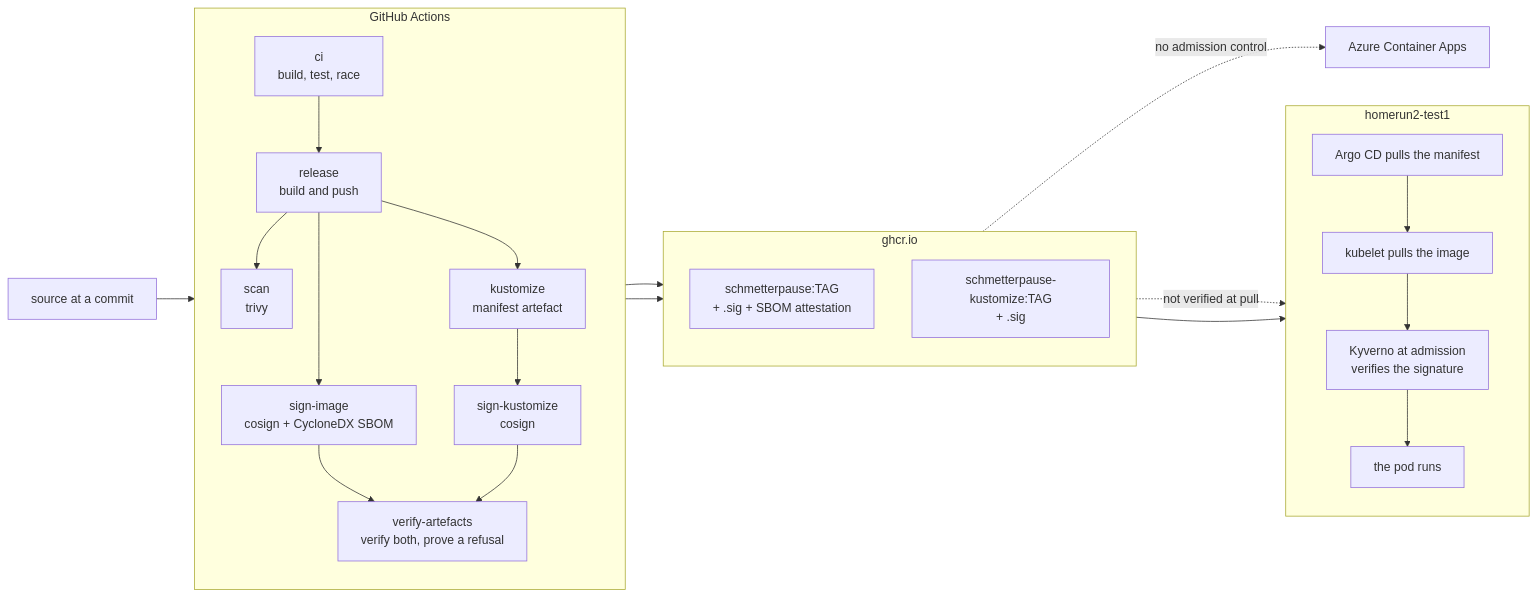
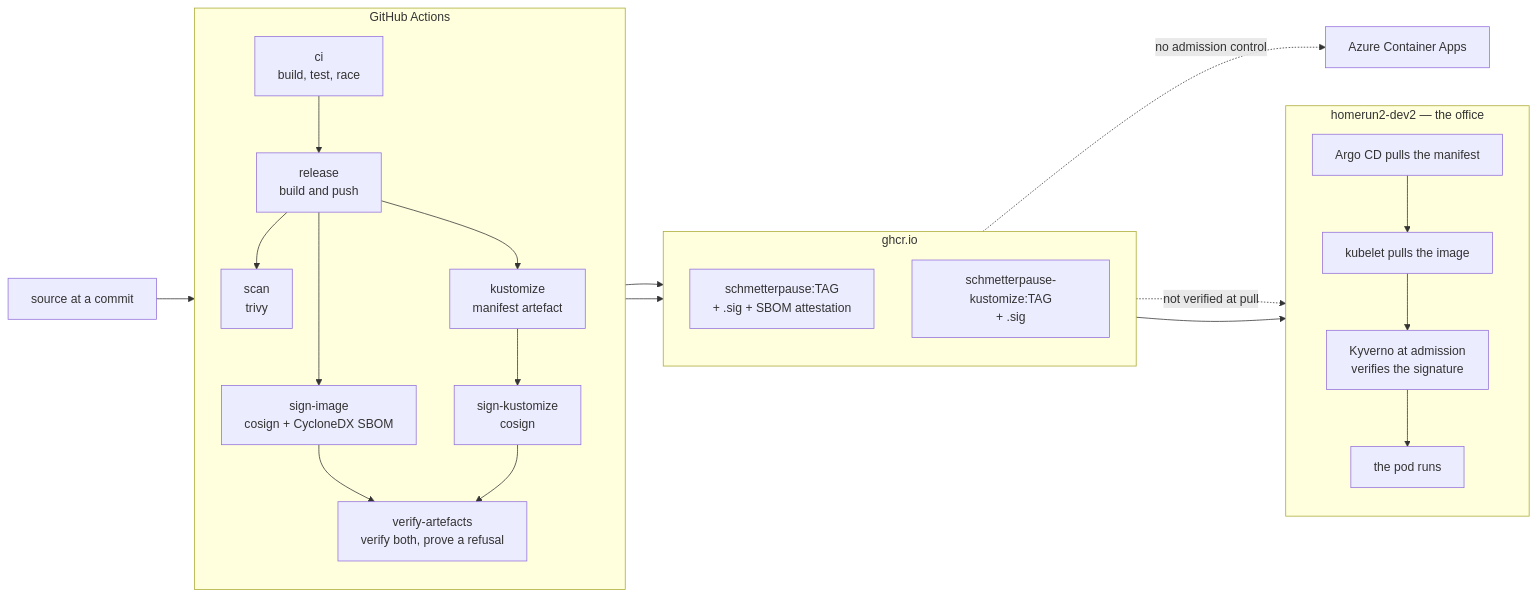
One commit to stuttgart-things/schmetterpause changed the diagram in docs/supply-chain.md. Above: the diagram before and after it, drawn with Mermaid. The commit also changed other lines of this file and 10 other files, not shown here.

First line of the commit message:
docs(runbooks): point the operational steps at homerun2-dev2 (#315)

````diff
--- a/docs/supply-chain.md
+++ b/docs/supply-chain.md
@@ -38,50 +38,50 @@
 ```mermaid
 flowchart LR
     src["source at a commit"]
 
     subgraph ci["GitHub Actions"]
         direction TB
         build["ci<br/>build, test, race"]
         release["release<br/>build and push"]
         scan["scan<br/>trivy"]
         kust["kustomize<br/>manifest artefact"]
         signimg["sign-image<br/>cosign + CycloneDX SBOM"]
         signkust["sign-kustomize<br/>cosign"]
         verify["verify-artefacts<br/>verify both, prove a refusal"]
 
         build --> release
         release --> scan
         release --> signimg
         release --> kust
         kust --> signkust
         signimg --> verify
         signkust --> verify
     end
 
     subgraph reg["ghcr.io"]
         direction TB
         image["schmetterpause:TAG<br/>+ .sig + SBOM attestation"]
         artefact["schmetterpause-kustomize:TAG<br/>+ .sig"]
     end
 
-    subgraph cluster["homerun2-test1"]
+    subgraph cluster["homerun2-dev2 — the office"]
         direction TB
         argo["Argo CD pulls the manifest"]
         kubelet["kubelet pulls the image"]
         kyverno["Kyverno at admission<br/>verifies the signature"]
         pod["the pod runs"]
 
         argo --> kubelet
         kubelet --> kyverno
         kyverno --> pod
     end
 
     azure["Azure Container Apps"]
 
     src --> build
     signimg --> image
     signkust --> artefact
     artefact -.->|"not verified at pull"| argo
     image --> kubelet
     image -.->|"no admission control"| azure
 ```
````
